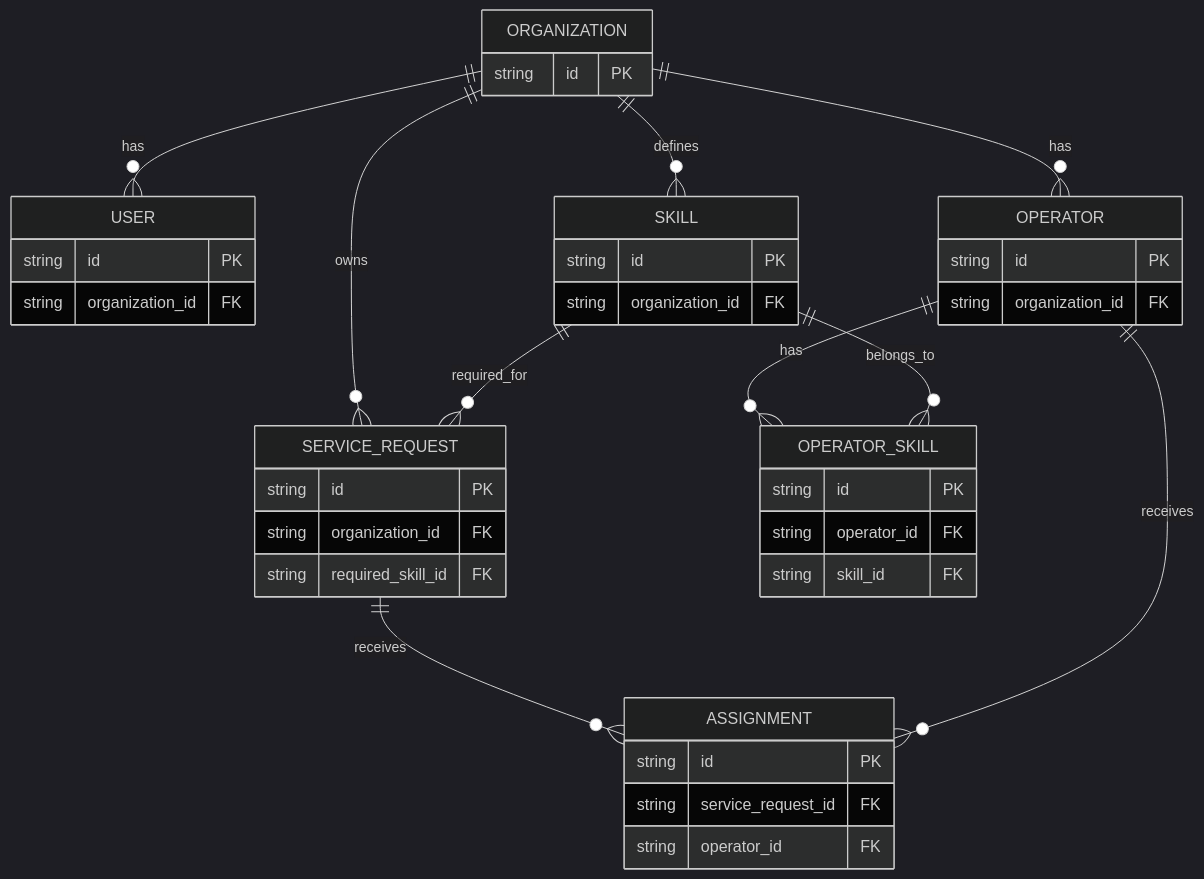
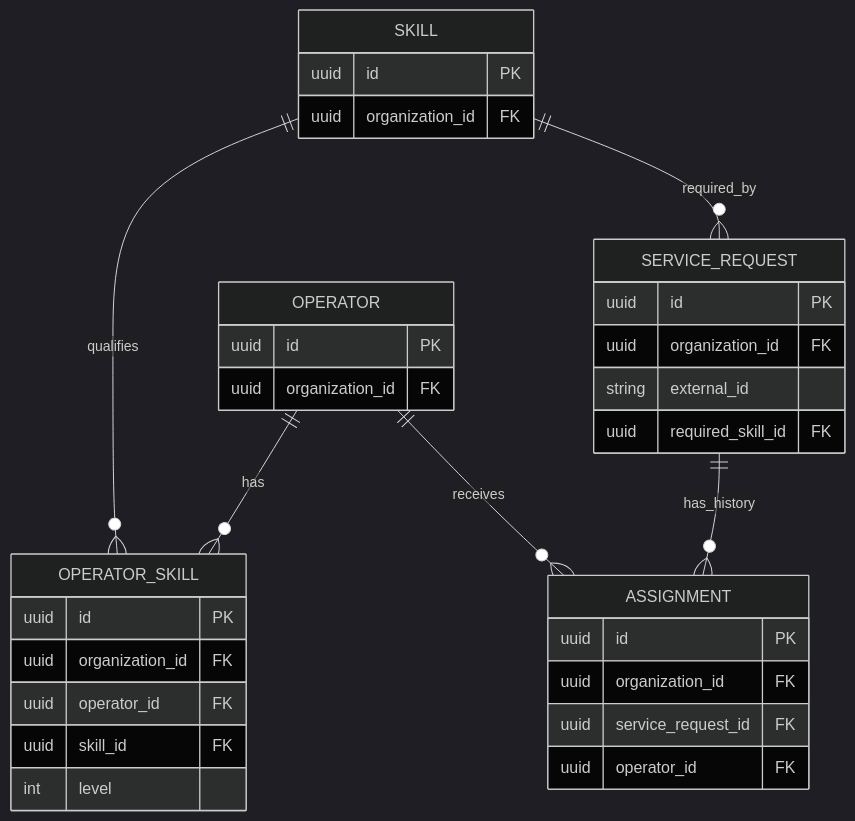
One commit to DavidCampolongo/pulseroute changed the second of 2 diagrams in docs/core-schema-erd.md. Above: the diagram before and after it, drawn with Mermaid (dark theme). The commit also changed other lines of this file, not shown here.

Commit message:
docs: chatgpt fixed the mermaid diagram to be more understandable!

````diff
--- a/docs/core-schema-erd.md
+++ b/docs/core-schema-erd.md
@@ -33,51 +73,40 @@
 ```mermaid
 erDiagram
-    ORGANIZATION ||--o{ USER : has
-    ORGANIZATION ||--o{ OPERATOR : has
-    ORGANIZATION ||--o{ SKILL : defines
-    ORGANIZATION ||--o{ SERVICE_REQUEST : owns
-    SKILL ||--o{ SERVICE_REQUEST : required_for
-
     OPERATOR ||--o{ OPERATOR_SKILL : has
-    SKILL ||--o{ OPERATOR_SKILL : belongs_to
-
-    SERVICE_REQUEST ||--o{ ASSIGNMENT : receives
+    SKILL ||--o{ OPERATOR_SKILL : qualifies
+    SKILL ||--o{ SERVICE_REQUEST : required_by
+    SERVICE_REQUEST ||--o{ ASSIGNMENT : has_history
     OPERATOR ||--o{ ASSIGNMENT : receives
 
-    ORGANIZATION {
-        string id PK
-    }
-
-    USER {
-        string id PK
-        string organization_id FK
-    }
-
     OPERATOR {
-        string id PK
-        string organization_id FK
+        uuid id PK
+        uuid organization_id FK
     }
 
     SKILL {
-        string id PK
-        string organization_id FK
+        uuid id PK
+        uuid organization_id FK
     }
 
     OPERATOR_SKILL {
-        string id PK
-        string operator_id FK
-        string skill_id FK
+        uuid id PK
+        uuid organization_id FK
+        uuid operator_id FK
+        uuid skill_id FK
+        int level
     }
 
     SERVICE_REQUEST {
-        string id PK
-        string organization_id FK
-        string required_skill_id FK
+        uuid id PK
+        uuid organization_id FK
+        string external_id
+        uuid required_skill_id FK
     }
 
     ASSIGNMENT {
-        string id PK
-        string service_request_id FK
-        string operator_id FK
+        uuid id PK
+        uuid organization_id FK
+        uuid service_request_id FK
+        uuid operator_id FK
     }
 ```
````
